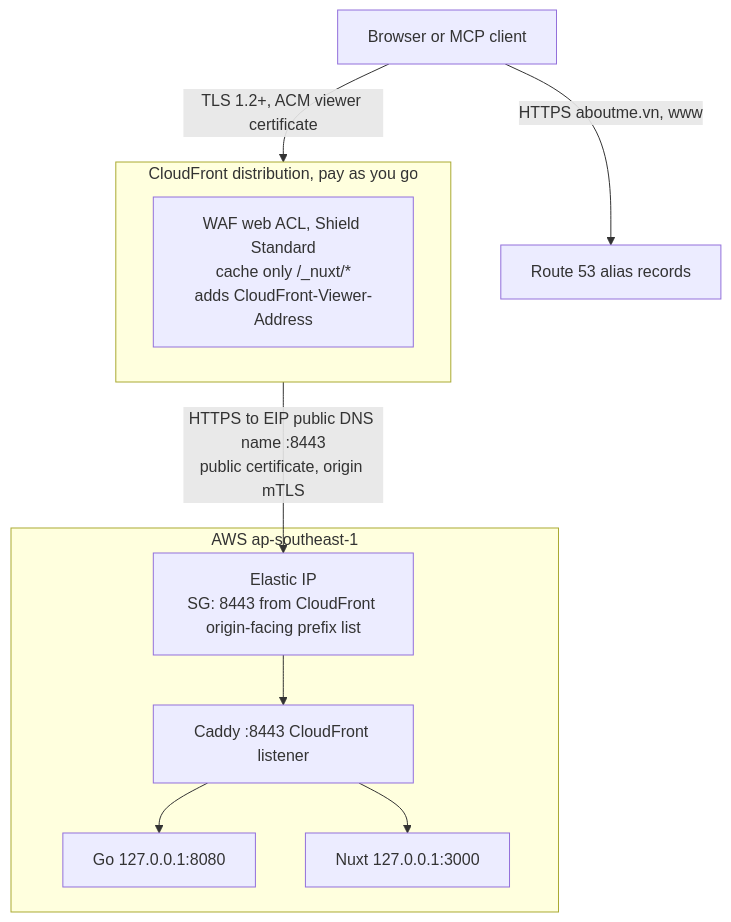
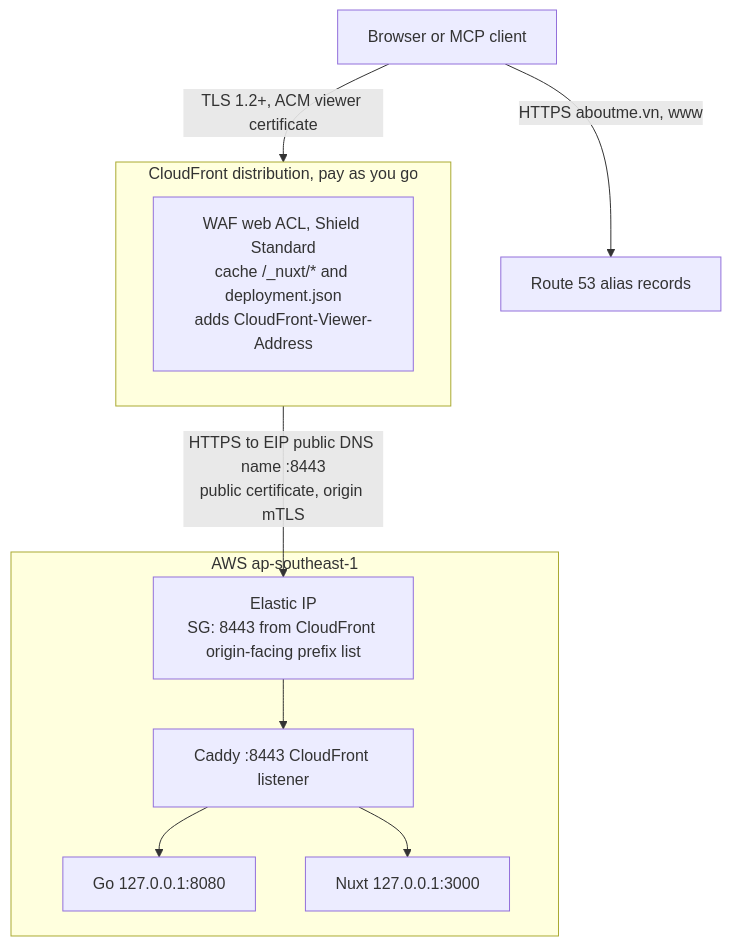
One commit to dannyota/aboutme changed the diagram in docs/design/cloudfront-edge.md. Above: the diagram before and after it, drawn with Mermaid. The commit also changed other lines of this file and 18 other files, not shown here.

````diff
--- a/docs/design/cloudfront-edge.md
+++ b/docs/design/cloudfront-edge.md
@@ -30,15 +30,15 @@
 ```mermaid
 flowchart TD
   U[Browser or MCP client] -->|HTTPS aboutme.vn, www| DNS[Route 53 alias records]
   U -->|TLS 1.2+, ACM viewer certificate| CF
   subgraph CF[CloudFront distribution, pay as you go]
-    E[WAF web ACL, Shield Standard<br/>cache only /_nuxt/*<br/>adds CloudFront-Viewer-Address]
+    E[WAF web ACL, Shield Standard<br/>cache /_nuxt/* and deployment.json<br/>adds CloudFront-Viewer-Address]
   end
   CF -->|HTTPS to EIP public DNS name :8443<br/>public certificate, origin mTLS| SG
   subgraph AWS[AWS ap-southeast-1]
     SG[Elastic IP<br/>SG: 8443 from CloudFront origin-facing prefix list]
     SG --> C[Caddy :8443 CloudFront listener]
     C --> G[Go 127.0.0.1:8080]
     C --> N[Nuxt 127.0.0.1:3000]
   end
 ```
````
